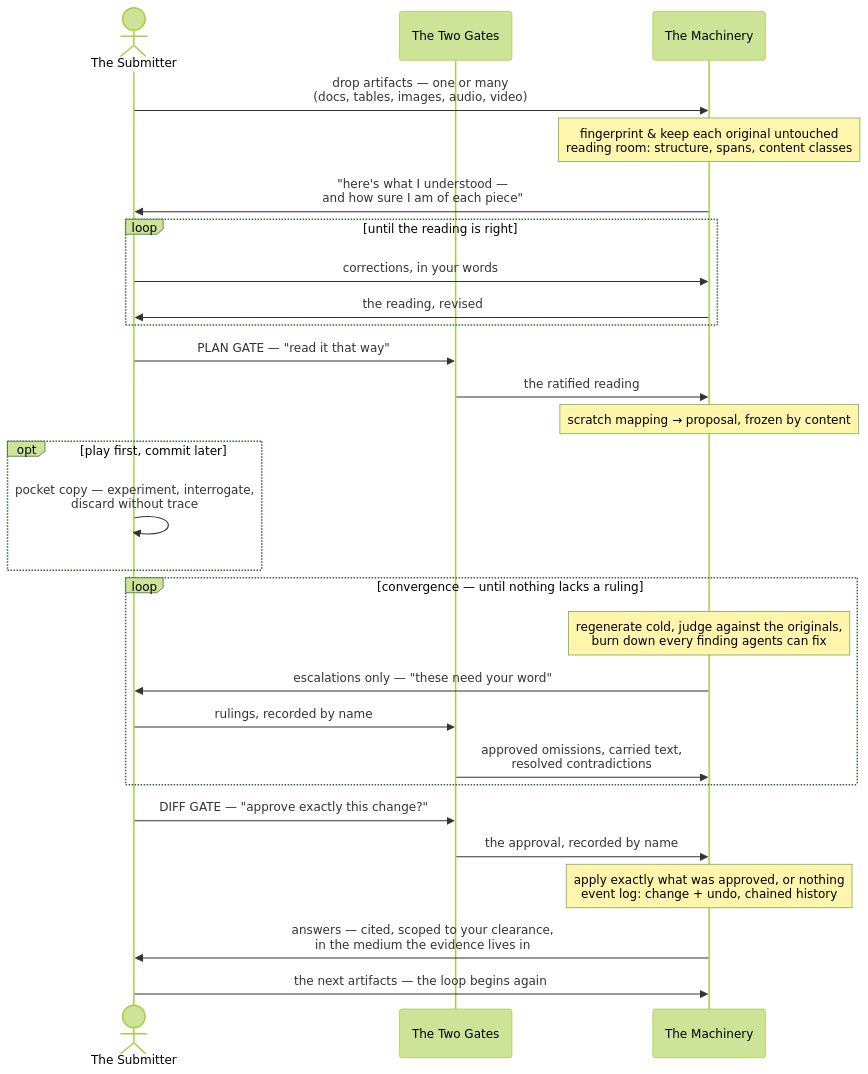
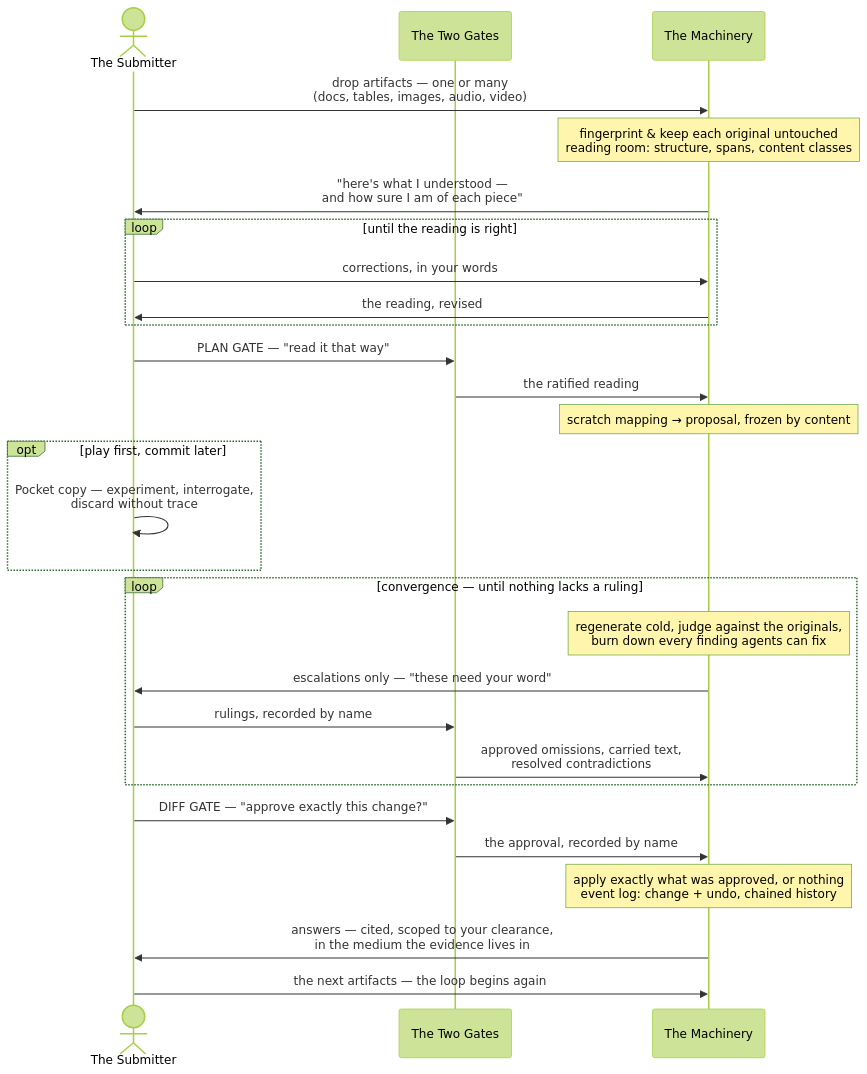
Before and after one commit to SavagePencil/ghostwheel: the diagram in graph/engine_docs/design/north-star-workflow.md, drawn with Mermaid (forest theme). The commit also changed other lines of this file and 12 other files, not shown here.

````diff
--- a/graph/engine_docs/design/north-star-workflow.md
+++ b/graph/engine_docs/design/north-star-workflow.md
@@ -274,31 +290,31 @@
 ```mermaid
 sequenceDiagram
     actor S as The Submitter
     participant G as The Two Gates
     participant M as The Machinery
 
     S->>M: drop artifacts — one or many<br/>(docs, tables, images, audio, video)
     Note over M: fingerprint & keep each original untouched<br/>reading room: structure, spans, content classes
     M->>S: "here's what I understood —<br/>and how sure I am of each piece"
     loop until the reading is right
         S->>M: corrections, in your words
         M->>S: the reading, revised
     end
     S->>G: PLAN GATE — "read it that way"
     G->>M: the ratified reading
     Note over M: scratch mapping → proposal, frozen by content
     opt play first, commit later
-        S->>S: pocket copy — experiment, interrogate,<br/>discard without trace
+        S->>S: Pocket copy — experiment, interrogate,<br/>discard without trace
     end
     loop convergence — until nothing lacks a ruling
         Note over M: regenerate cold, judge against the originals,<br/>burn down every finding agents can fix
         M->>S: escalations only — "these need your word"
         S->>G: rulings, recorded by name
         G->>M: approved omissions, carried text,<br/>resolved contradictions
     end
     S->>G: DIFF GATE — "approve exactly this change?"
     G->>M: the approval, recorded by name
     Note over M: apply exactly what was approved, or nothing<br/>event log: change + undo, chained history
     M->>S: answers — cited, scoped to your clearance,<br/>in the medium the evidence lives in
     S->>M: the next artifacts — the loop begins again
 ```
````
